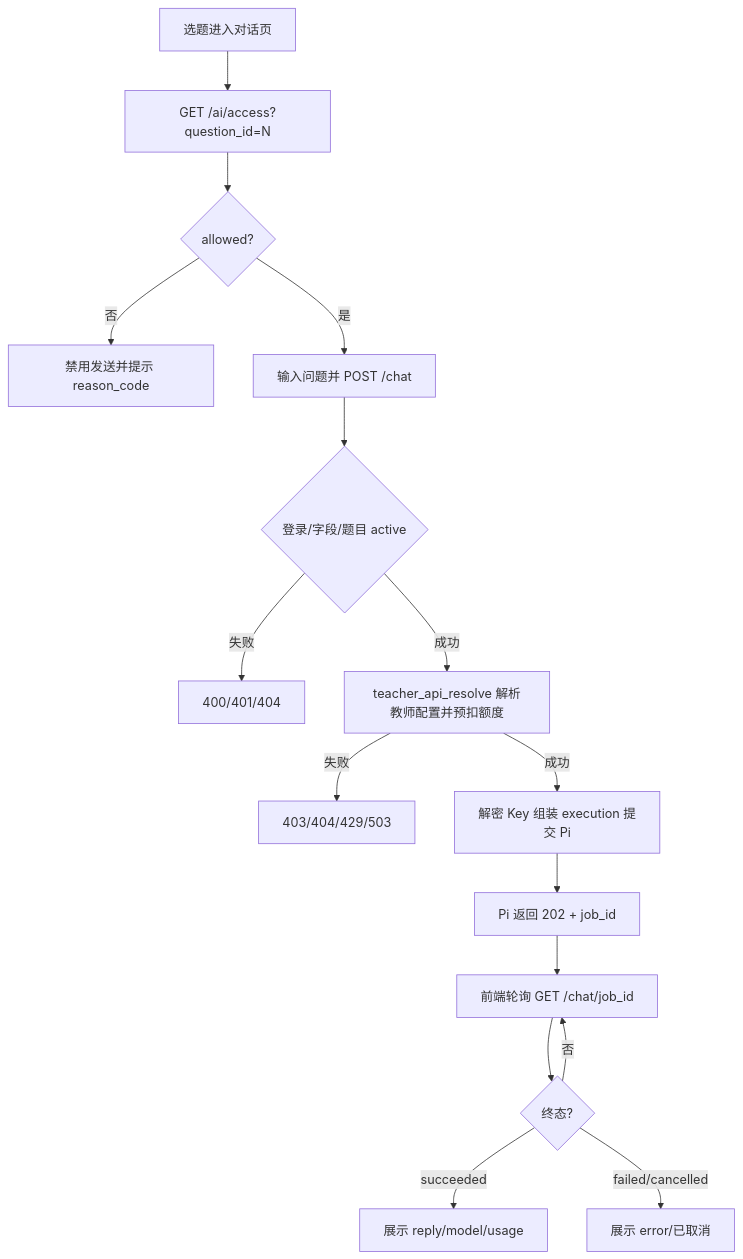
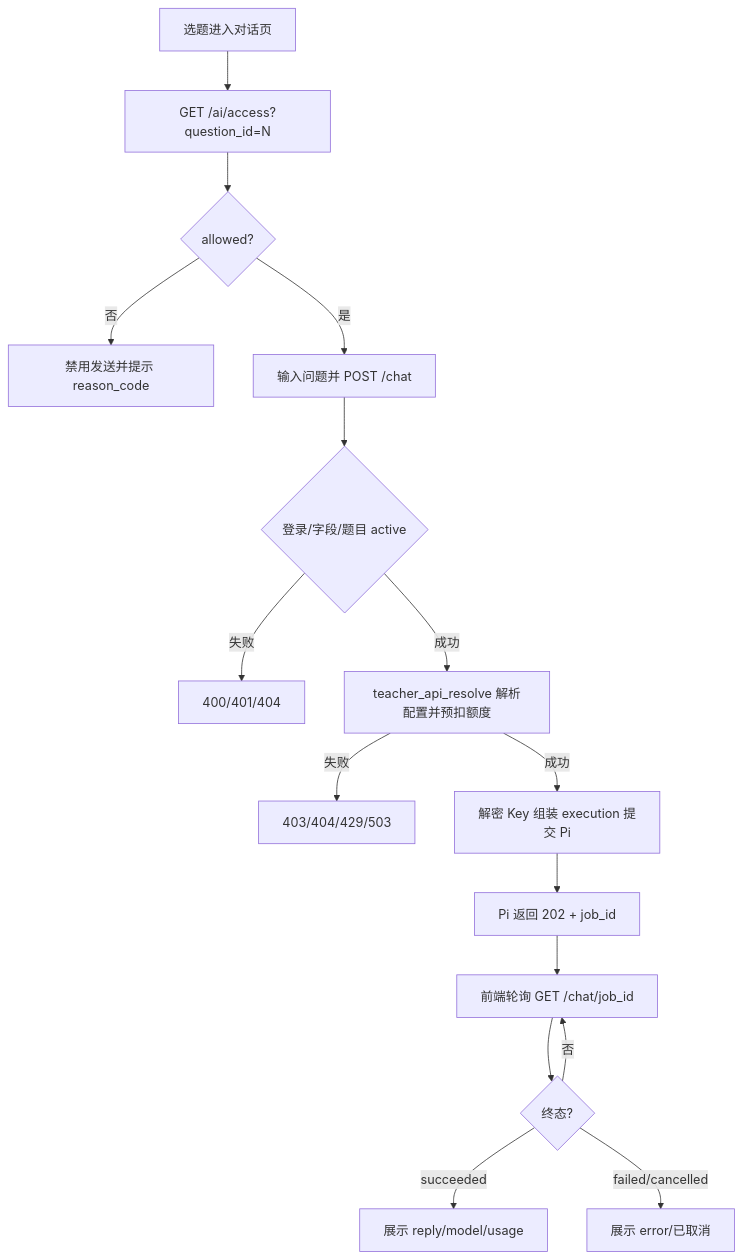
The eighth of 16 diagrams in docs/详细功能说明书.md (Araaaagorn/ai-question-bank), drawn with Mermaid before and after one commit. The commit also changed other lines of this file, not shown here.

````diff
--- a/docs/详细功能说明书.md
+++ b/docs/详细功能说明书.md
@@ -685,18 +1175,18 @@
 ```mermaid
 flowchart TD
     A["选题进入对话页"] --> B["GET /ai/access?question_id=N"]
     B --> C{"allowed?"}
     C -- 否 --> C1["禁用发送并提示 reason_code"]
     C -- 是 --> D["输入问题并 POST /chat"]
     D --> E{"登录/字段/题目 active"}
     E -- 失败 --> E1["400/401/404"]
-    E -- 成功 --> F["teacher_api_resolve 解析教师配置并预扣额度"]
+    E -- 成功 --> F["teacher_api_resolve 解析配置并预扣额度"]
     F -- 失败 --> F1["403/404/429/503"]
     F -- 成功 --> G["解密 Key 组装 execution 提交 Pi"]
     G --> H["Pi 返回 202 + job_id"]
     H --> I["前端轮询 GET /chat/job_id"]
     I --> J{"终态?"}
     J -- 否 --> I
     J -- succeeded --> K["展示 reply/model/usage"]
     J -- failed/cancelled --> L["展示 error/已取消"]
 ```
````
